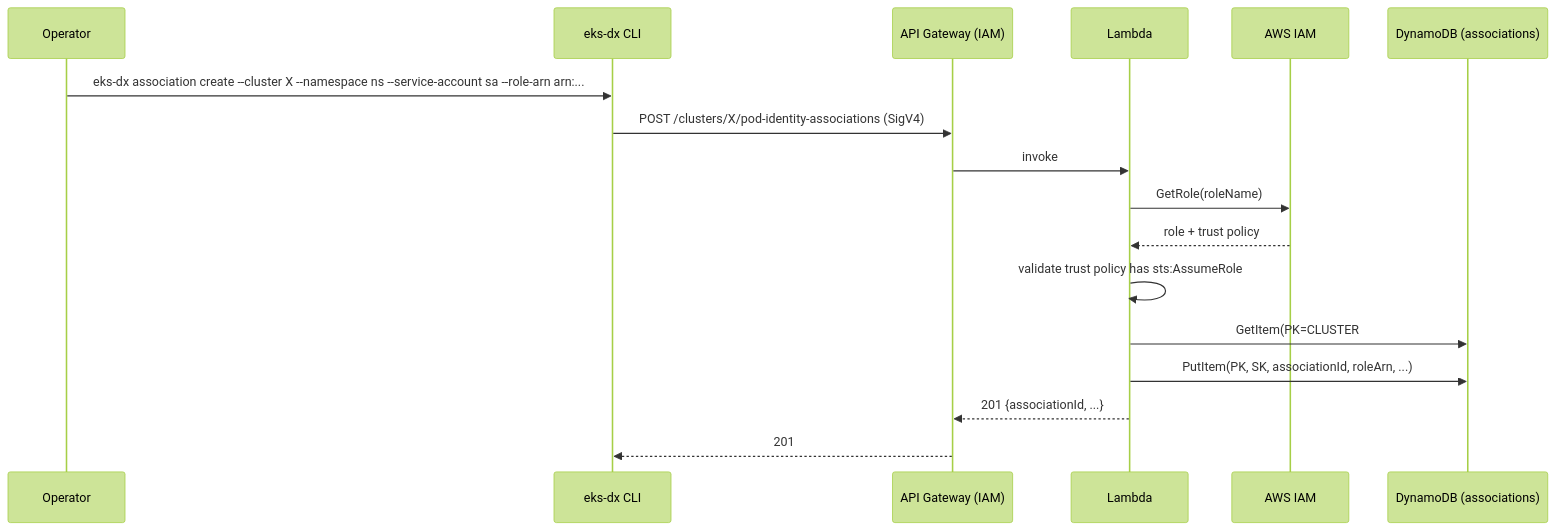
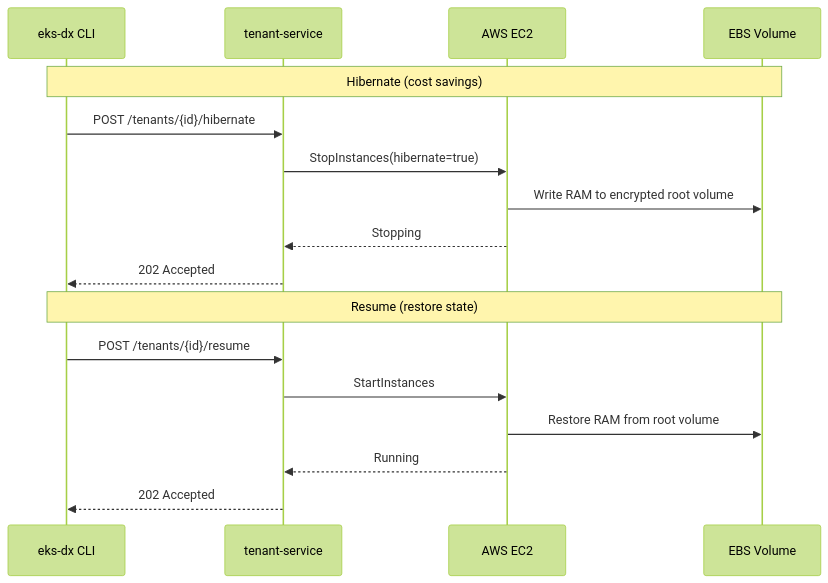
The third of 5 diagrams in .agents/summary/workflows.md (plasticity-of-cloud/eks-d-xpress-control-plane), drawn with Mermaid (forest theme) before and after one commit. The commit also changed other lines of this file and 9 other files, not shown here.

````diff
--- a/.agents/summary/workflows.md
+++ b/.agents/summary/workflows.md
@@ -30,20 +63,21 @@
 ```mermaid
 sequenceDiagram
-    participant Operator
-    participant CLI as eks-dx CLI
-    participant GW as API Gateway (IAM)
-    participant Lambda
-    participant IAM as AWS IAM
-    participant DDB as DynamoDB (associations)
+    participant User as eks-dx CLI
+    participant Lambda as tenant-service
+    participant EC2 as AWS EC2
+    participant EBS as EBS Volume
 
-    Operator->>CLI: eks-dx association create --cluster X --namespace ns --service-account sa --role-arn arn:...
-    CLI->>GW: POST /clusters/X/pod-identity-associations (SigV4)
-    GW->>Lambda: invoke
-    Lambda->>IAM: GetRole(roleName)
-    IAM-->>Lambda: role + trust policy
-    Lambda->>Lambda: validate trust policy has sts:AssumeRole
-    Lambda->>DDB: GetItem(PK=CLUSTER#X, SK=ns#sa) → not found
-    Lambda->>DDB: PutItem(PK, SK, associationId, roleArn, ...)
-    Lambda-->>GW: 201 {associationId, ...}
-    GW-->>CLI: 201
+    Note over User,EBS: Hibernate (cost savings)
+    User->>Lambda: POST /tenants/{id}/hibernate
+    Lambda->>EC2: StopInstances(hibernate=true)
+    EC2->>EBS: Write RAM to encrypted root volume
+    EC2-->>Lambda: Stopping
+    Lambda-->>User: 202 Accepted
+
+    Note over User,EBS: Resume (restore state)
+    User->>Lambda: POST /tenants/{id}/resume
+    Lambda->>EC2: StartInstances
+    EC2->>EBS: Restore RAM from root volume
+    EC2-->>Lambda: Running
+    Lambda-->>User: 202 Accepted
 ```
````
